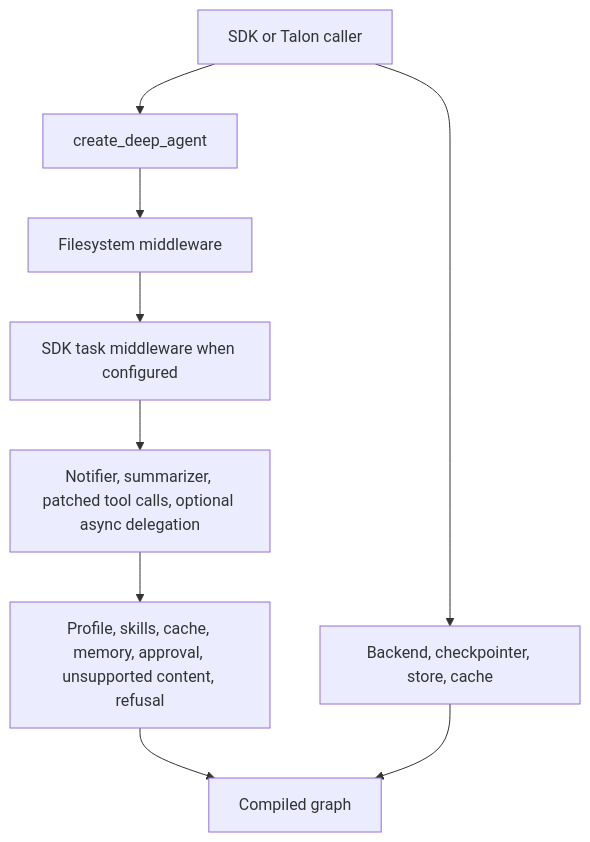
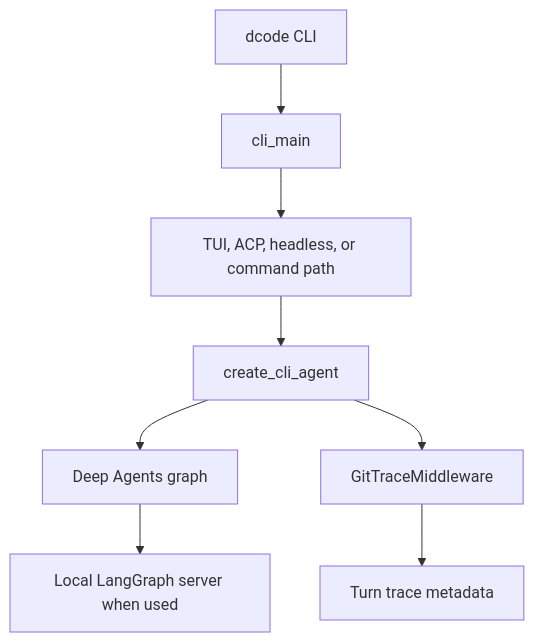
One commit to langchain-ai/deepagents changed the first of 3 diagrams in openwiki/architecture/source-map.md. Above: the diagram before and after it, drawn with Mermaid. The commit also changed other lines of this file and 46 other files, not shown here.

````diff
--- a/openwiki/architecture/source-map.md
+++ b/openwiki/architecture/source-map.md
@@ -97,11 +106,10 @@
 ```mermaid
 flowchart TD
-  Caller["SDK or Talon caller"] --> Build["create_deep_agent"]
-  Build --> FS["Filesystem middleware"]
-  FS --> Task["SDK task middleware when configured"]
-  Task --> Core["Notifier, summarizer, patched tool calls, optional async delegation"]
-  Core --> Tail["Profile, skills, cache, memory, approval, unsupported content, refusal"]
-  Tail --> Compile["Compiled graph"]
-  Caller --> Deps["Backend, checkpointer, store, cache"]
-  Deps --> Compile
+  CLI["dcode CLI"] --> Main["cli_main"]
+  Main --> Surface["TUI, ACP, headless, or command path"]
+  Surface --> Build["create_cli_agent"]
+  Build --> Graph["Deep Agents graph"]
+  Build --> Trace["GitTraceMiddleware"]
+  Trace --> Metadata["Turn trace metadata"]
+  Graph --> Server["Local LangGraph server when used"]
 ```
````
